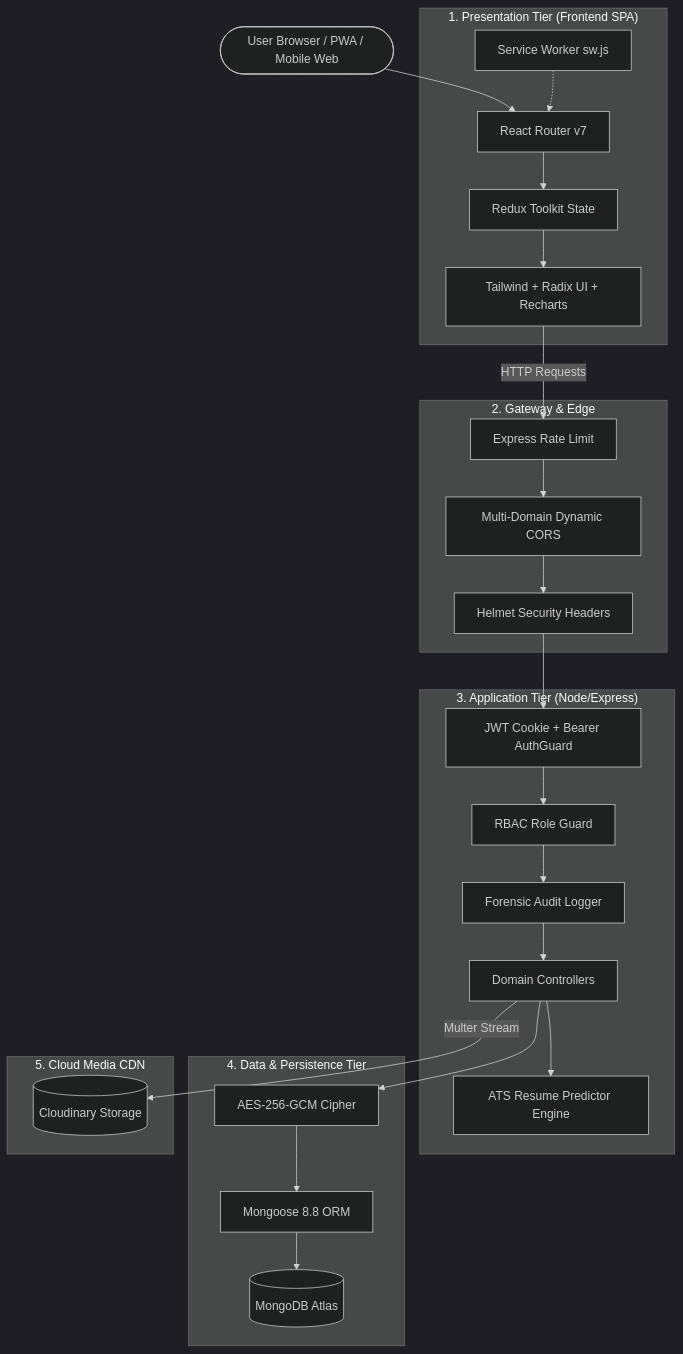
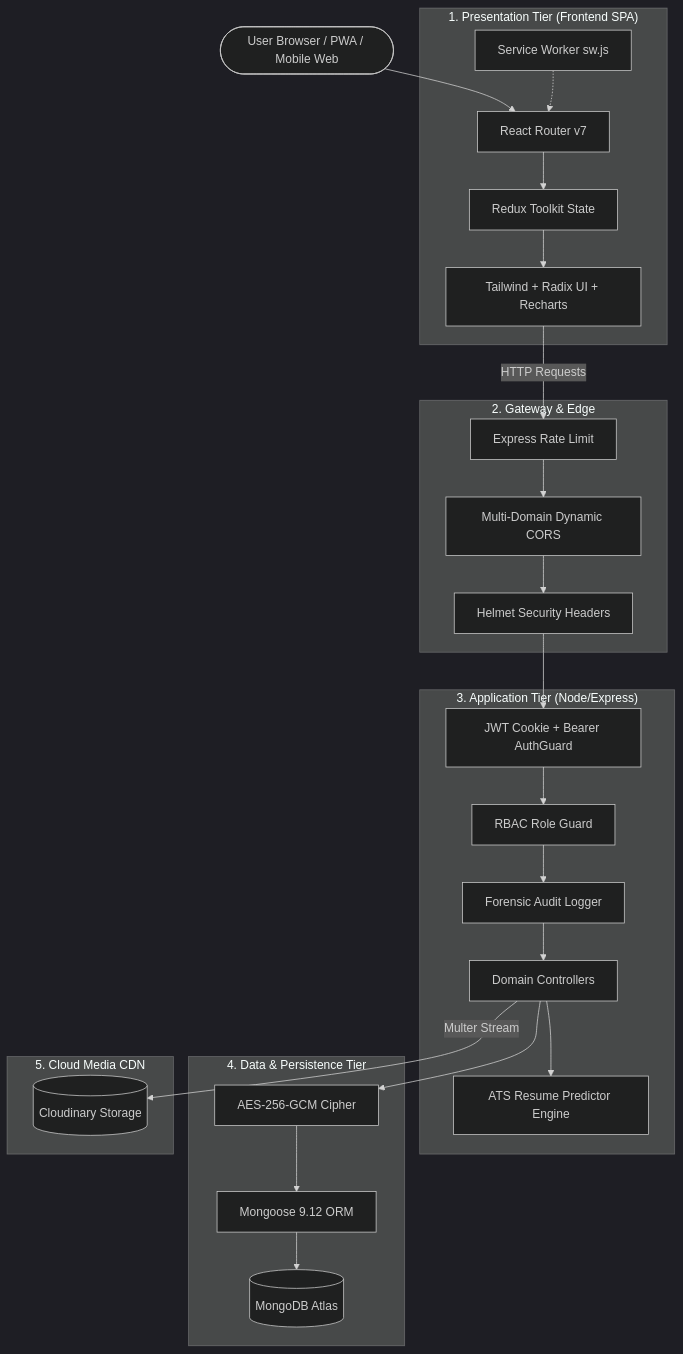
The diagram in wiki/Architecture-Overview.md (Jashan-randhawa/FOREWORK), drawn with Mermaid (dark theme) before and after one commit. The commit also changed other lines of this file and 2 other files, not shown here.

Commit message:
docs(wiki): update system architecture diagrams and tech stack references

````diff
--- a/wiki/Architecture-Overview.md
+++ b/wiki/Architecture-Overview.md
@@ -9,52 +9,52 @@
 ```mermaid
 graph TD
     User([User Browser / PWA / Mobile Web])
 
     subgraph Presentation["1. Presentation Tier (Frontend SPA)"]
         Router[React Router v7]
         Store[Redux Toolkit State]
         UI[Tailwind + Radix UI + Recharts]
         Worker[Service Worker sw.js]
     end
 
     subgraph Gateway["2. Gateway & Edge"]
         RateLimit[Express Rate Limit]
         Cors[Multi-Domain Dynamic CORS]
         Helmet[Helmet Security Headers]
     end
 
     subgraph AppServer["3. Application Tier (Node/Express)"]
         Auth[JWT Cookie + Bearer AuthGuard]
         RoleCtrl[RBAC Role Guard]
         Audit[Forensic Audit Logger]
         Controllers[Domain Controllers]
         ATSEngine[ATS Resume Predictor Engine]
     end
 
     subgraph DataTier["4. Data & Persistence Tier"]
         AES[AES-256-GCM Cipher]
-        Mongoose[Mongoose 8.8 ORM]
+        Mongoose[Mongoose 9.12 ORM]
         MongoDB[(MongoDB Atlas)]
     end
 
     subgraph MediaTier["5. Cloud Media CDN"]
         Cloudinary[(Cloudinary Storage)]
     end
 
     User --> Router
     Router --> Store
     Store --> UI
     Worker -.-> Router
     UI -->|HTTP Requests| RateLimit
     RateLimit --> Cors
     Cors --> Helmet
     Helmet --> Auth
     Auth --> RoleCtrl
     RoleCtrl --> Audit
     Audit --> Controllers
     Controllers --> ATSEngine
     Controllers --> AES
     AES --> Mongoose
     Mongoose --> MongoDB
     Controllers -->|Multer Stream| Cloudinary
 ```
````
